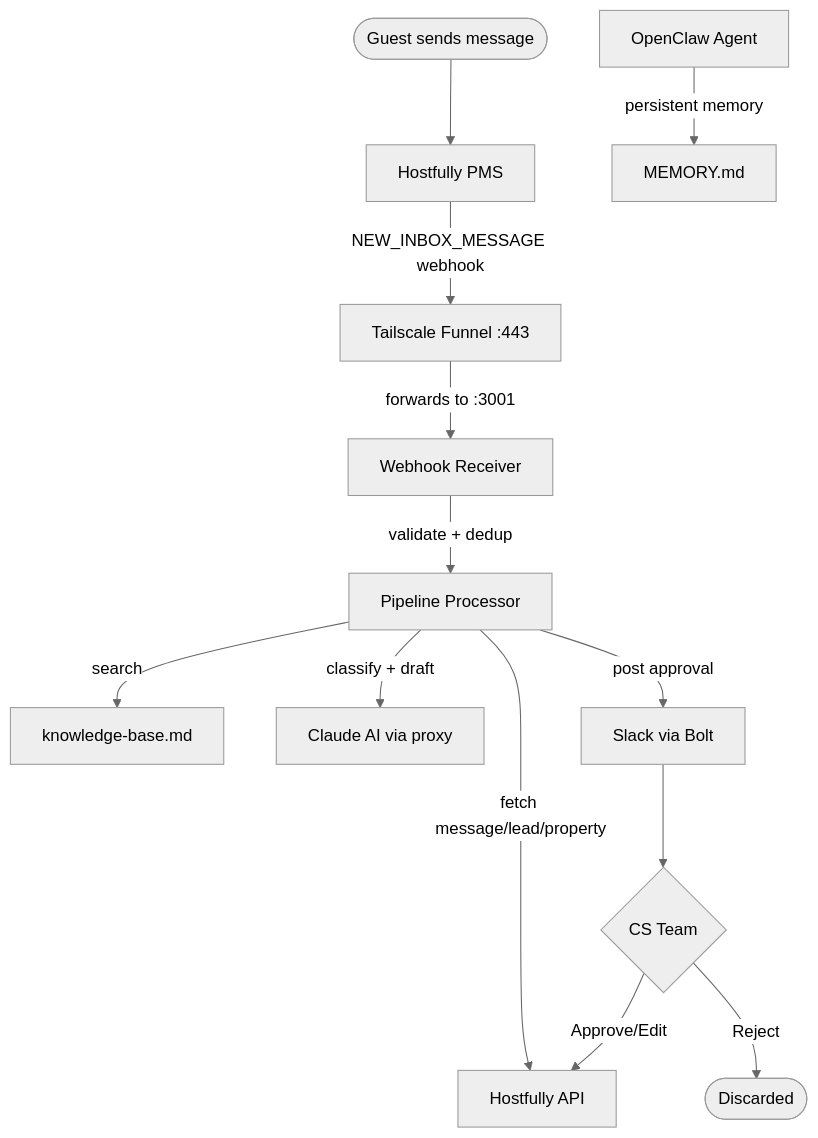
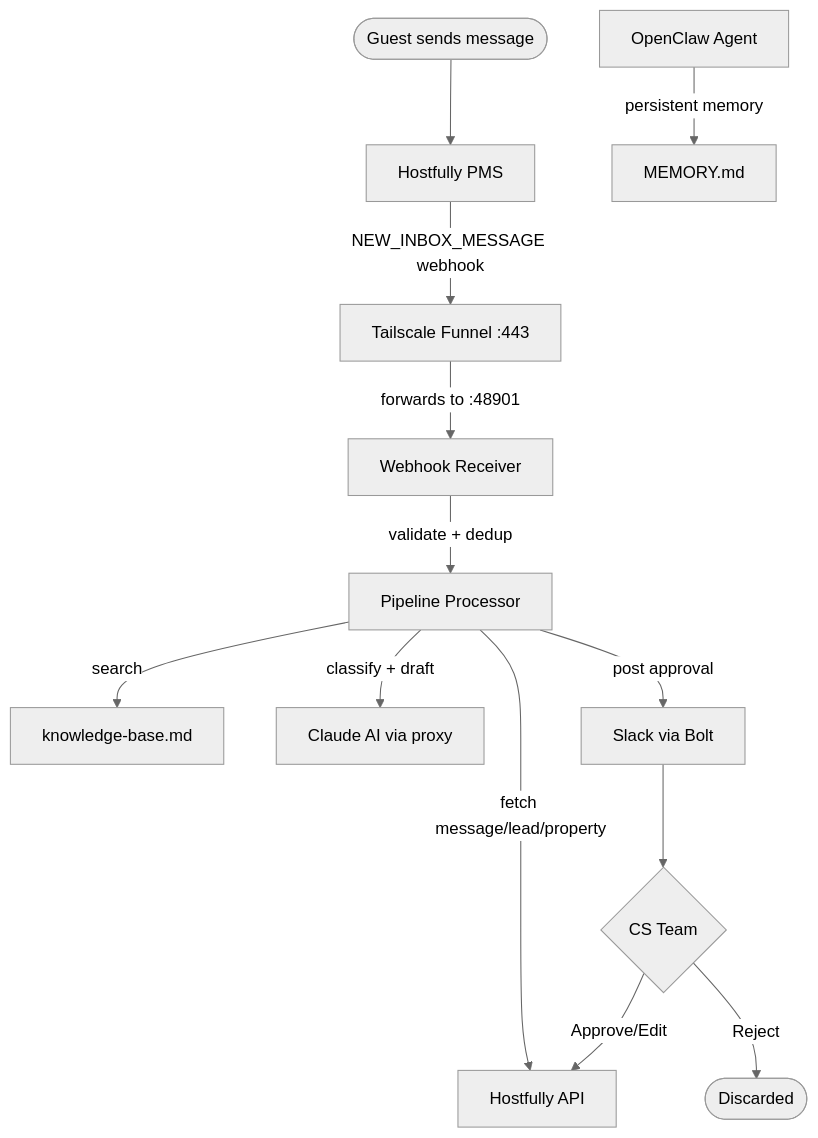
The diagram in README.md (viiqswim/vlre-ai-employee), drawn with Mermaid (neutral theme) before and after one commit. The commit also changed other lines of this file and 6 other files, not shown here.

````diff
--- a/README.md
+++ b/README.md
@@ -11,15 +11,15 @@
 ```mermaid
 flowchart TD
     A([Guest sends message]) --> B[Hostfully PMS]
     B -->|NEW_INBOX_MESSAGE webhook| TF[Tailscale Funnel :443]
-    TF -->|forwards to :3001| WR[Webhook Receiver]
+    TF -->|forwards to :48901| WR[Webhook Receiver]
     WR -->|validate + dedup| PP[Pipeline Processor]
     PP -->|fetch message/lead/property| HF[Hostfully API]
     PP -->|search| KB[knowledge-base.md]
     PP -->|classify + draft| CL[Claude AI via proxy]
     PP -->|post approval| SL[Slack via Bolt]
     SL --> CS{CS Team}
     CS -->|Approve/Edit| HF
     CS -->|Reject| DONE([Discarded])
     OC[OpenClaw Agent] -->|persistent memory| MEM[MEMORY.md]
 ```
````
